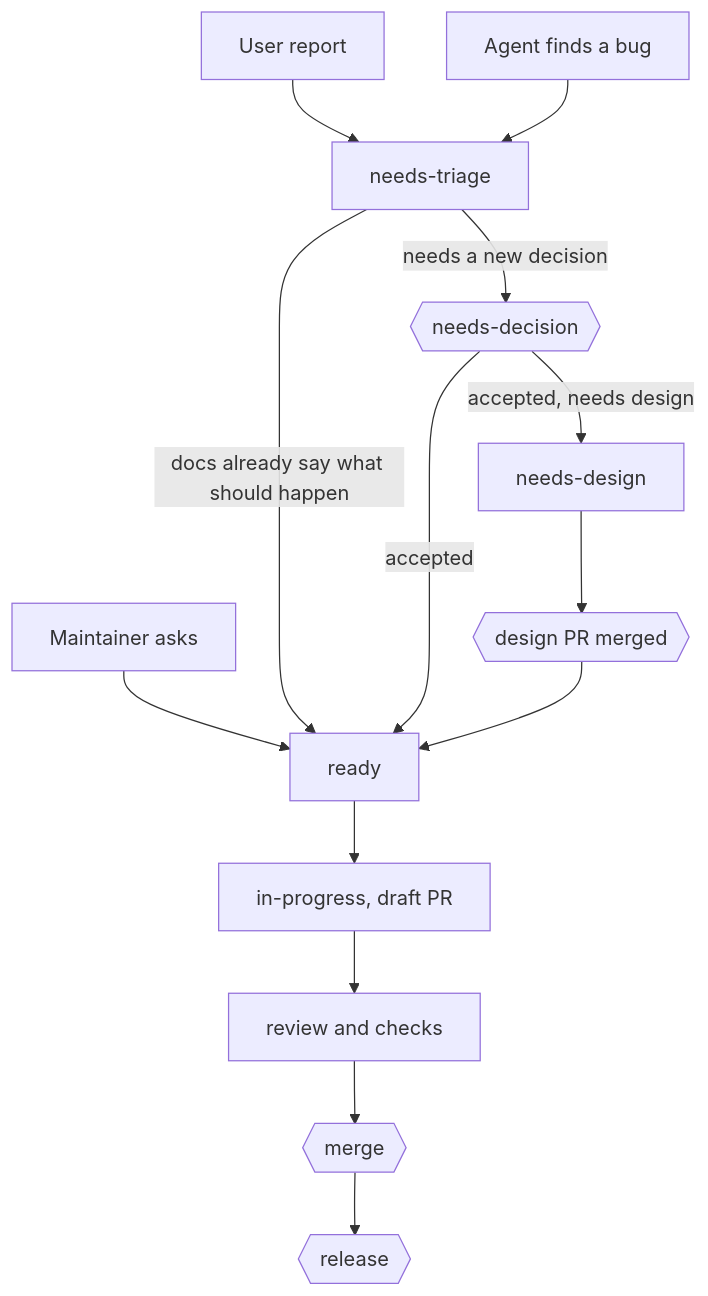
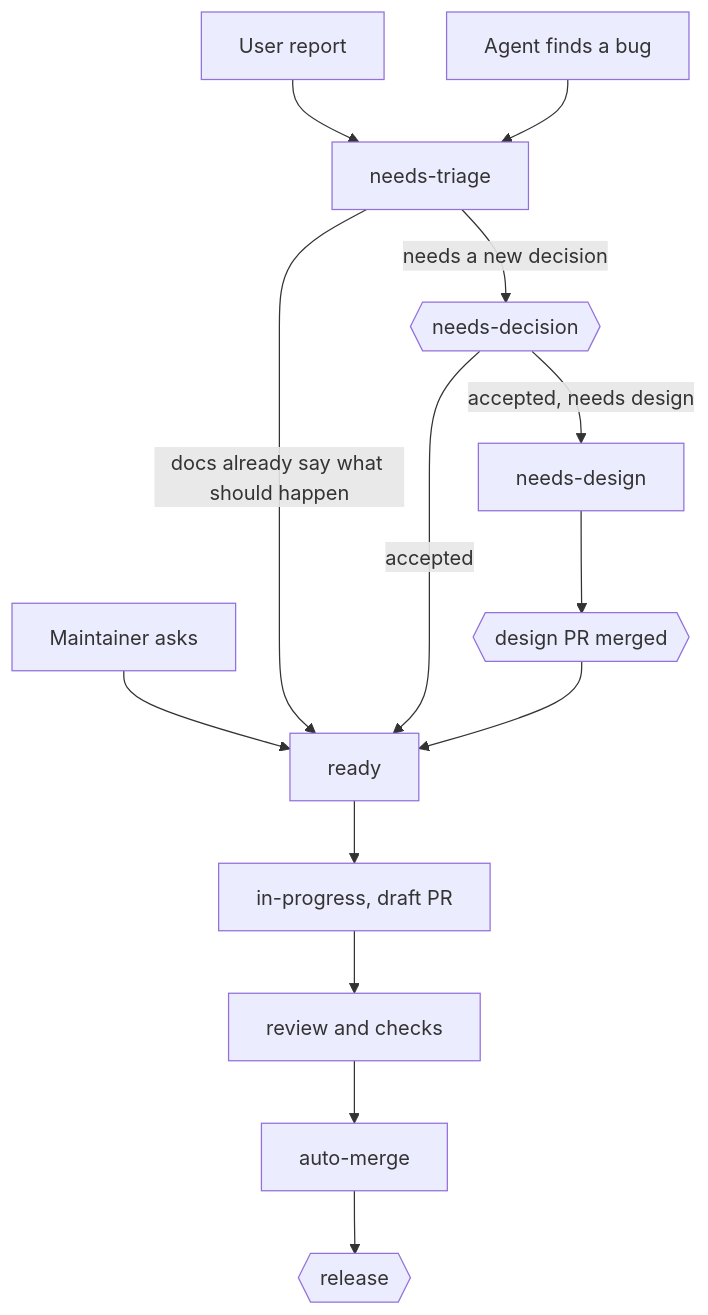
One commit to KettuAI/Kettu changed the diagram in docs/workflow.md. Above: the diagram before and after it, drawn with Mermaid. The commit also changed other lines of this file and 1 other file, not shown here.

Commit message:
docs(workflow): merge reviewed prs automatically (#131)

````diff
--- a/docs/workflow.md
+++ b/docs/workflow.md
@@ -23,16 +23,16 @@
 ```mermaid
 flowchart TD
   M[Maintainer asks] --> R
   U[User report] --> T[needs-triage]
   A[Agent finds a bug] --> T
   T -->|docs already say what should happen| R[ready]
   T -->|needs a new decision| D{{needs-decision}}
   D -->|accepted| R
   D -->|accepted, needs design| N[needs-design]
   N --> DP{{design PR merged}}
   DP --> R
   R --> P[in-progress, draft PR]
   P --> V[review and checks]
-  V --> G{{merge}}
+  V --> G[auto-merge]
   G --> L{{release}}
 ```
````
